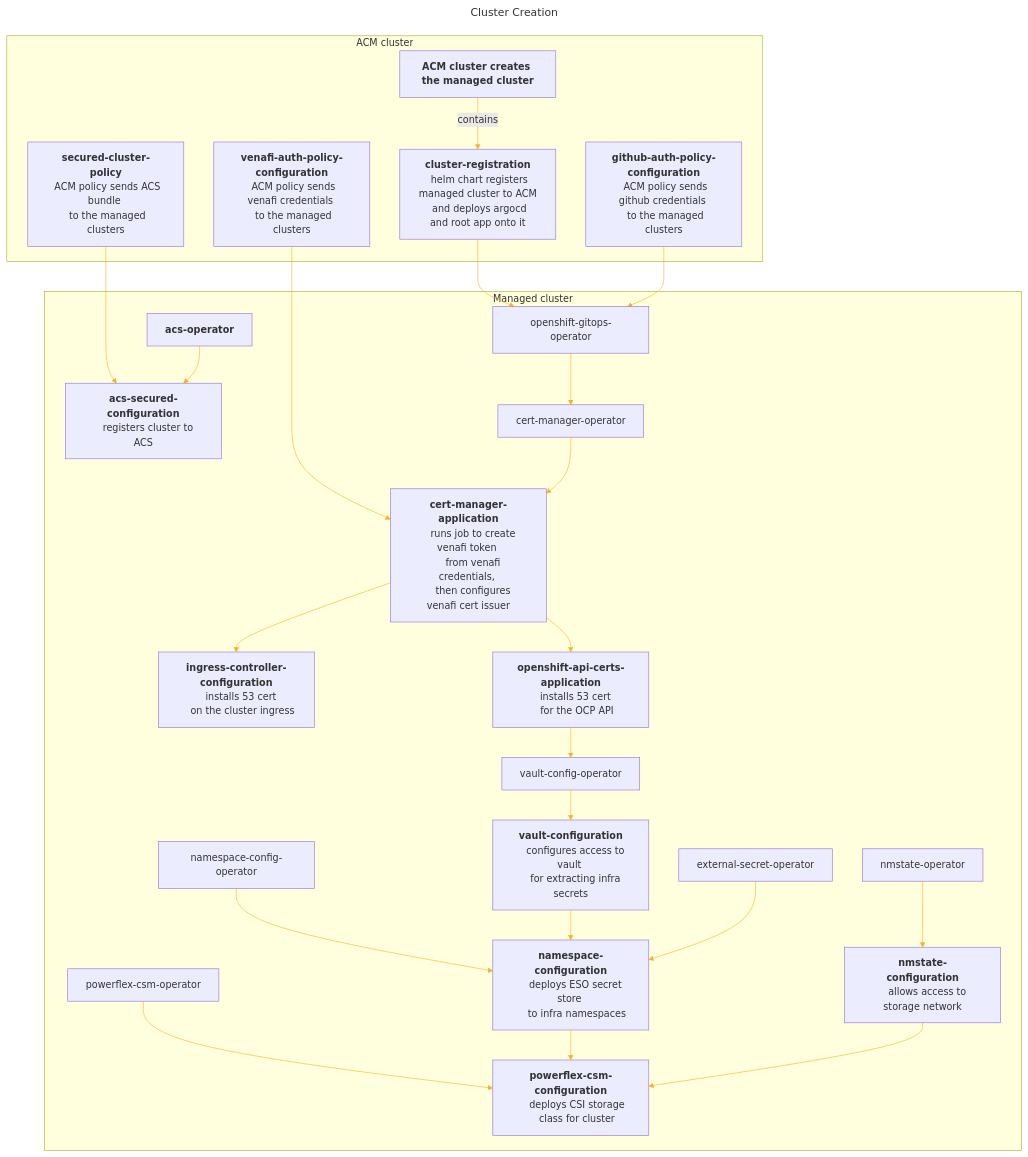
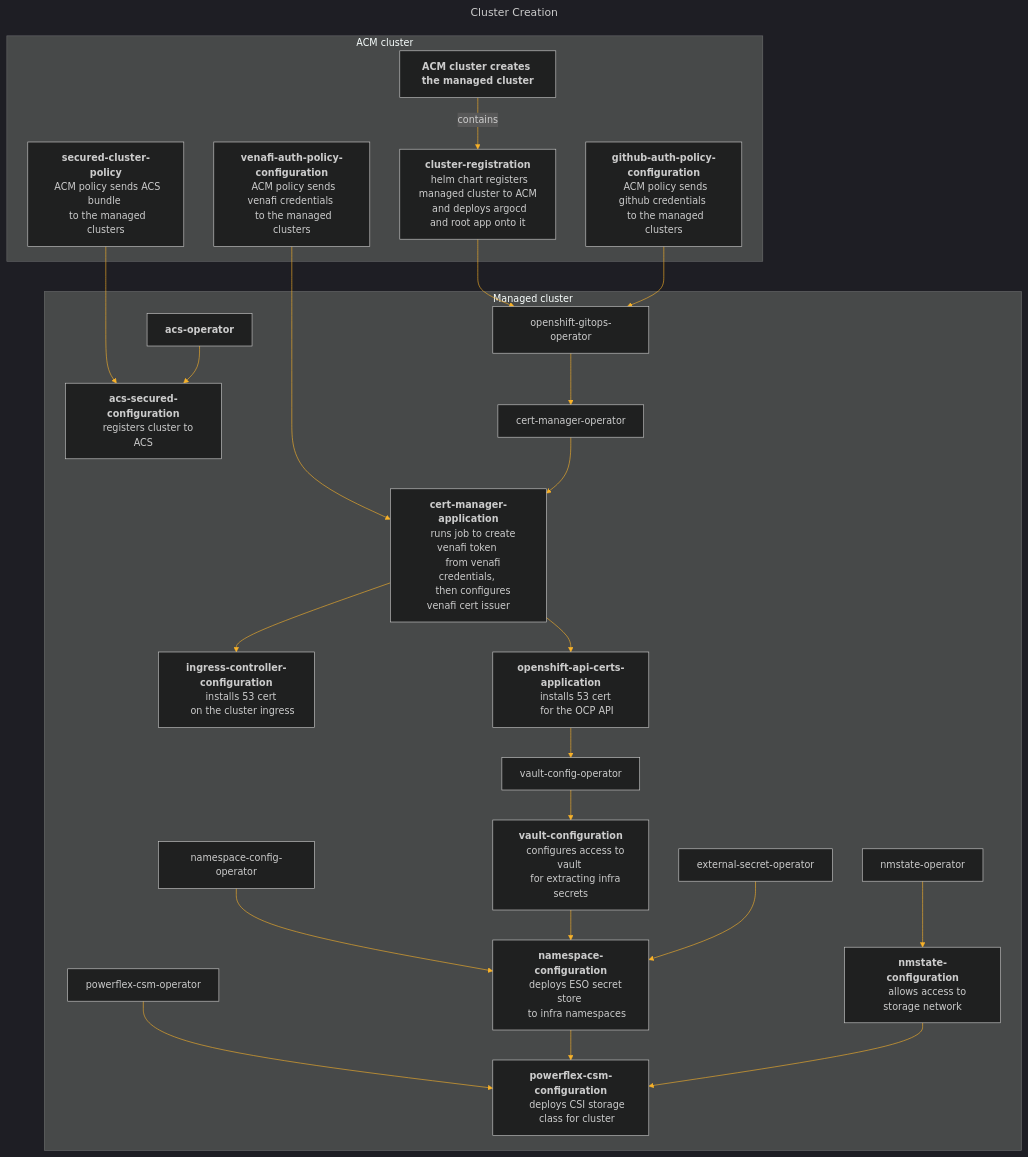
The diagram in test-mermaid/test-mermaid.build.md (mmwillingham/acm), drawn with Mermaid before and after one commit.

````diff
--- a/test-mermaid/test-mermaid.build.md
+++ b/test-mermaid/test-mermaid.build.md
@@ -2,68 +2,68 @@
 ```mermaid
 ---
 title: Cluster Creation
 ---
 %%{
   init: {
-    'theme': 'default',
+    'theme': 'dark',
     'themeVariables': {
       'primaryColor': '#BB2528',
       'primaryTextColor': '#fff',
       'primaryBorderColor': '#7C0000',
       'lineColor': '#F8B229',
       'secondaryColor': '#006100',
       'tertiaryColor': '#fff'
     }
   }
 }%%
 flowchart TD
 venafi-auth-policy-configuration --> cert-manager-application
 cluster-registration --> openshift-gitops-operator
 github-auth-policy-configuration --> openshift-gitops-operator
 secured-cluster-policy --> acs-secured-configuration
 subgraph ACM cluster
 xxx-cluster["<b>ACM cluster creates the managed cluster</b>"] -- contains --> cluster-registration["<b>cluster-registration</b>
   helm chart registers managed cluster to ACM
   and deploys argocd and root app onto it"]
 venafi-auth-policy-configuration["<b>venafi-auth-policy-configuration</b>
   ACM policy sends venafi credentials 
   to the managed clusters"]
 github-auth-policy-configuration["<b>github-auth-policy-configuration</b>
   ACM policy sends github credentials 
   to the managed clusters"]
 secured-cluster-policy["<b>secured-cluster-policy</b>
   ACM policy sends ACS bundle 
   to the managed clusters"]
 end
 subgraph Managed cluster
 openshift-gitops-operator --> cert-manager-operator
 cert-manager-operator --> cert-manager-application["<b>cert-manager-application</b>
     runs job to create venafi token 
     from venafi credentials, 
     then configures venafi cert issuer"]
 cert-manager-application --> ingress-controller-configuration["<b>ingress-controller-configuration</b>
     installs 53 cert 
     on the cluster ingress"]
 cert-manager-application --> openshift-api-certs-application["<b>openshift-api-certs-application</b>
     installs 53 cert 
     for the OCP API"]    
 openshift-api-certs-application --> vault-config-operator
 vault-config-operator --> vault-configuration["<b>vault-configuration</b>
     configures access to vault 
     for extracting infra secrets"]
 nmstate-operator --> nmstate-configuration["<b>nmstate-configuration</b>
     allows access to storage network"]
 namespace-config-operator --> namespace-configuration["<b>namespace-configuration</b>
     deploys ESO secret store 
     to infra namespaces"]
 vault-configuration --> namespace-configuration
 external-secret-operator --> namespace-configuration
 powerflex-csm-operator --> powerflex-csm-configuration["<b>powerflex-csm-configuration</b>
     deploys CSI storage
     class for cluster"]
 namespace-configuration --> powerflex-csm-configuration
 nmstate-configuration --> powerflex-csm-configuration
 acs-operator["<b>acs-operator</b>"] --> acs-secured-configuration["<b>acs-secured-configuration</b>
     registers cluster to ACS"]    
 end
 ```
````
